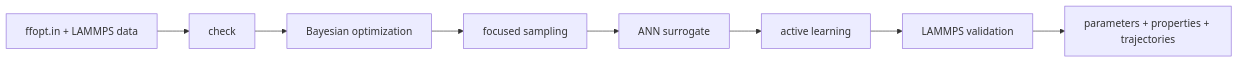
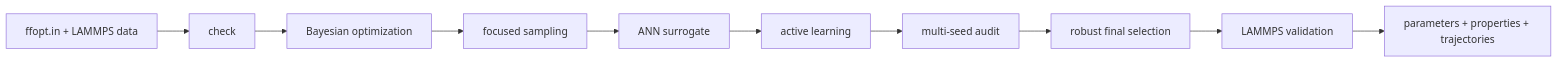
The diagram in README.md (Leduo-Pei/ffopt-lammps), drawn with Mermaid before and after one commit. The commit also changed other lines of this file and 78 other files, not shown here.

````diff
--- a/README.md
+++ b/README.md
@@ -20,10 +28,12 @@
 ```mermaid
 flowchart LR
     I["ffopt.in + LAMMPS data"] --> C["check"]
     C --> B["Bayesian optimization"]
     B --> S["focused sampling"]
     S --> N["ANN surrogate"]
     N --> A["active learning"]
-    A --> V["LAMMPS validation"]
+    A --> U["multi-seed audit"]
+    U --> F["robust final selection"]
+    F --> V["LAMMPS validation"]
     V --> R["parameters + properties + trajectories"]
 ```
````
